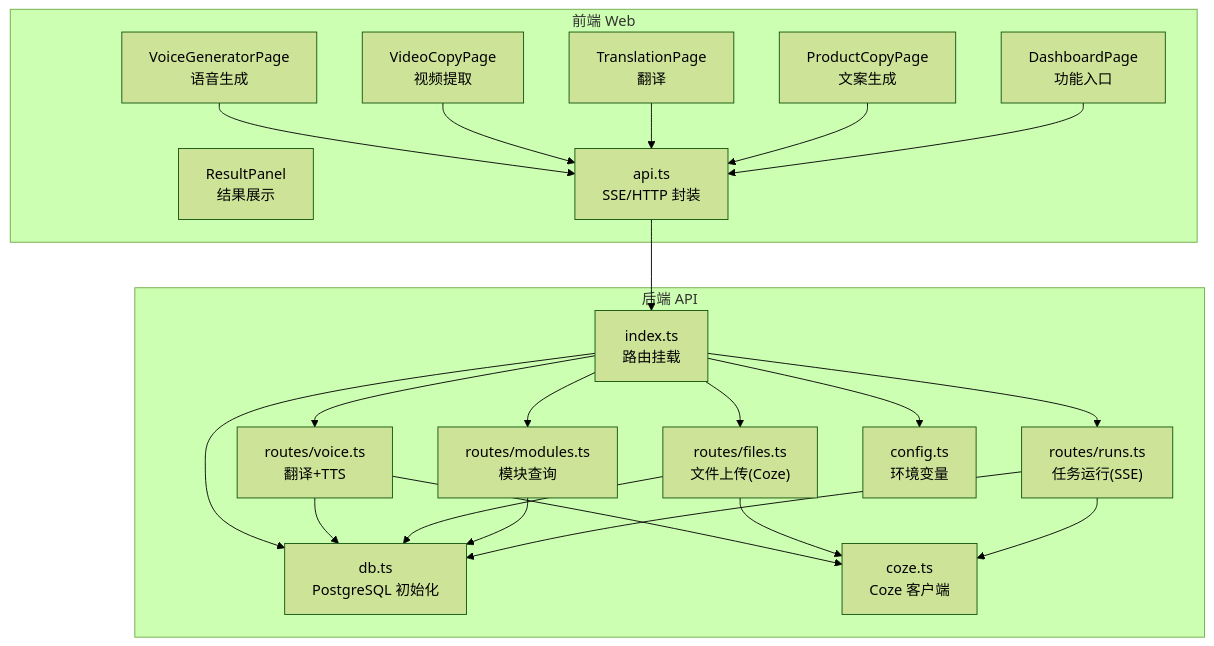
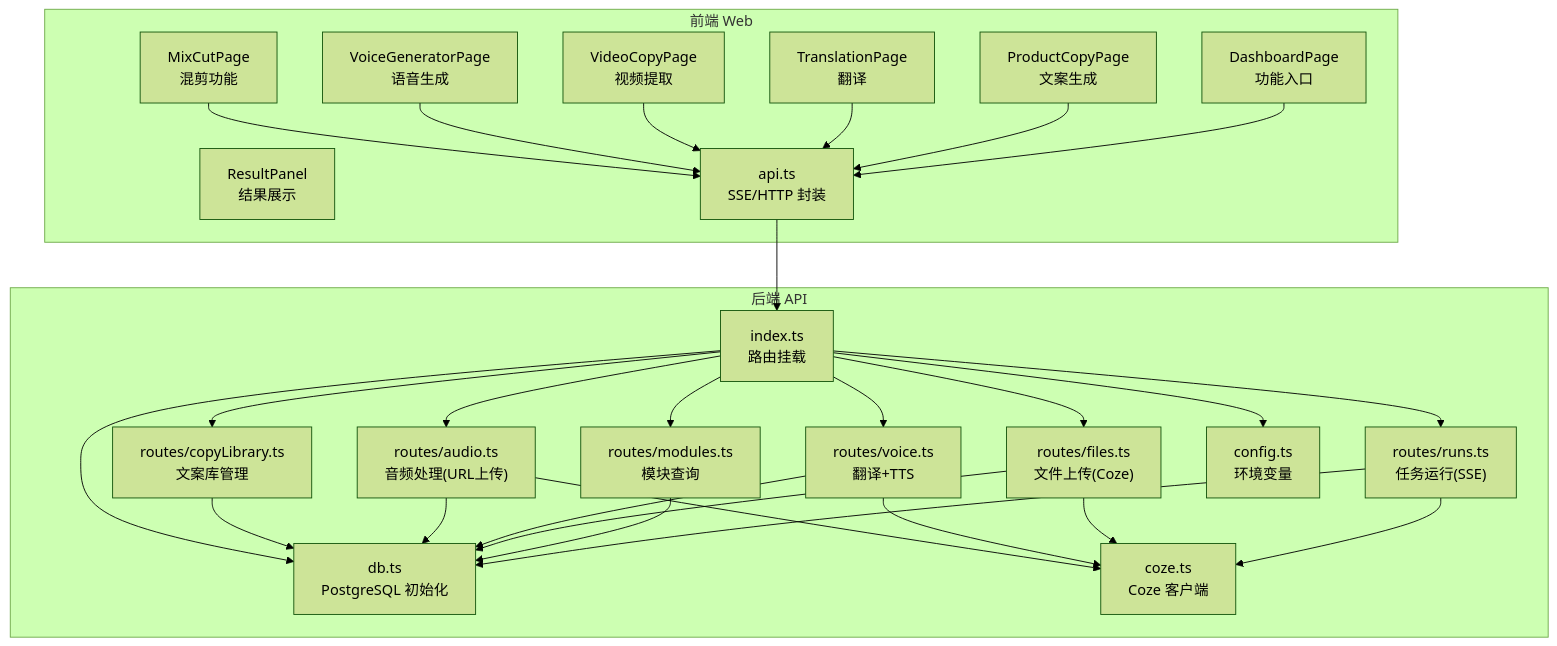
Before and after one commit to hanksd769-droid/sailshub: the first of 11 diagrams in .qoder/repowiki/zh/content/多模态工作流模块/多模态工作流模块.md, drawn with Mermaid (forest theme). The commit also changed other lines of this file and 5 other files, not shown here.

````diff
--- a/.qoder/repowiki/zh/content/多模态工作流模块/多模态工作流模块.md
+++ b/.qoder/repowiki/zh/content/多模态工作流模块/多模态工作流模块.md
@@ -57,41 +68,50 @@
 ```mermaid
 graph TB
 subgraph "前端 Web"
 FE_Dash["DashboardPage<br/>功能入口"]
 FE_Copy["ProductCopyPage<br/>文案生成"]
 FE_Trans["TranslationPage<br/>翻译"]
 FE_Video["VideoCopyPage<br/>视频提取"]
 FE_Voice["VoiceGeneratorPage<br/>语音生成"]
+FE_Mix["MixCutPage<br/>混剪功能"]
 FE_Result["ResultPanel<br/>结果展示"]
 FE_API["api.ts<br/>SSE/HTTP 封装"]
 end
 subgraph "后端 API"
 BE_Index["index.ts<br/>路由挂载"]
 BE_R_Mod["routes/modules.ts<br/>模块查询"]
 BE_R_Run["routes/runs.ts<br/>任务运行(SSE)"]
 BE_R_File["routes/files.ts<br/>文件上传(Coze)"]
 BE_R_Voice["routes/voice.ts<br/>翻译+TTS"]
+BE_R_Audio["routes/audio.ts<br/>音频处理(URL上传)"]
+BE_R_Copy["routes/copyLibrary.ts<br/>文案库管理"]
 BE_DB["db.ts<br/>PostgreSQL 初始化"]
 BE_Cfg["config.ts<br/>环境变量"]
 BE_Coze["coze.ts<br/>Coze 客户端"]
 end
 FE_Dash --> FE_API
 FE_Copy --> FE_API
 FE_Trans --> FE_API
 FE_Video --> FE_API
 FE_Voice --> FE_API
+FE_Mix --> FE_API
 FE_API --> BE_Index
 BE_Index --> BE_R_Mod
 BE_Index --> BE_R_Run
 BE_Index --> BE_R_File
 BE_Index --> BE_R_Voice
+BE_Index --> BE_R_Audio
+BE_Index --> BE_R_Copy
 BE_R_Run --> BE_Coze
 BE_R_File --> BE_Coze
 BE_R_Voice --> BE_Coze
+BE_R_Audio --> BE_Coze
 BE_R_Run --> BE_DB
 BE_R_Mod --> BE_DB
 BE_R_File --> BE_DB
 BE_R_Voice --> BE_DB
+BE_R_Audio --> BE_DB
+BE_R_Copy --> BE_DB
 BE_Index --> BE_DB
 BE_Index --> BE_Cfg
 ```
````
